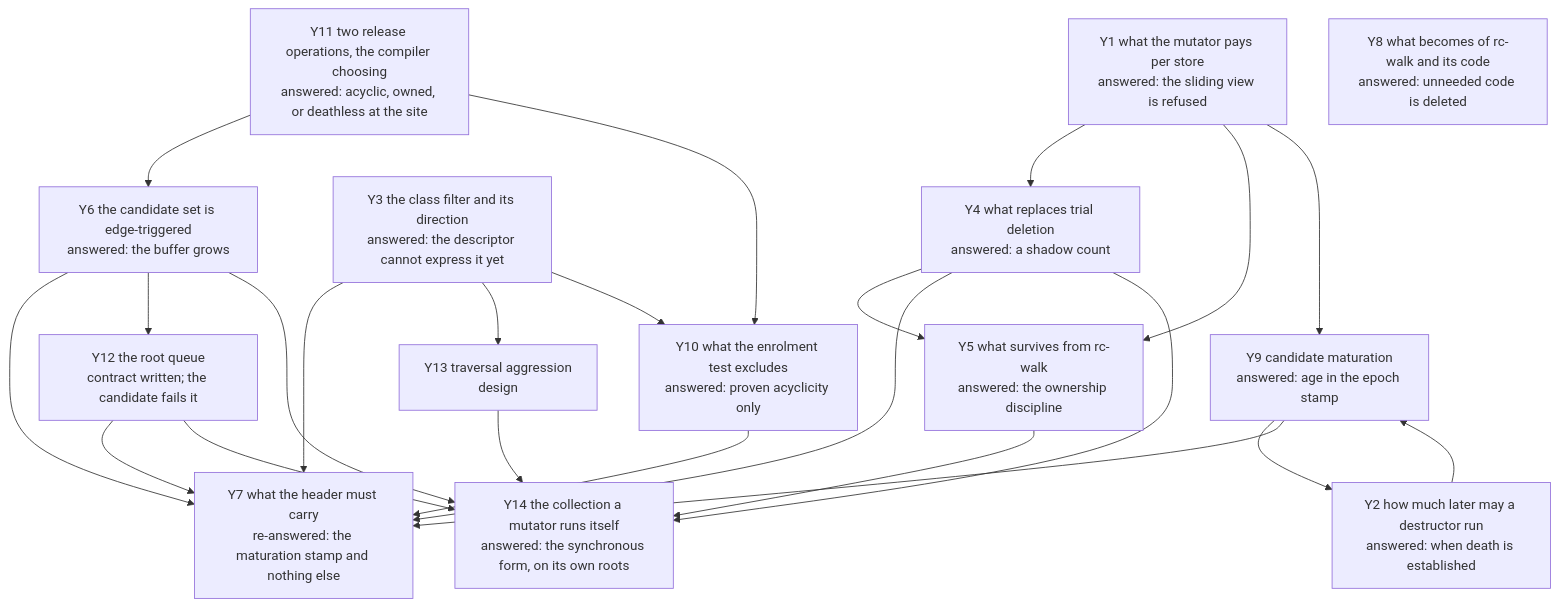
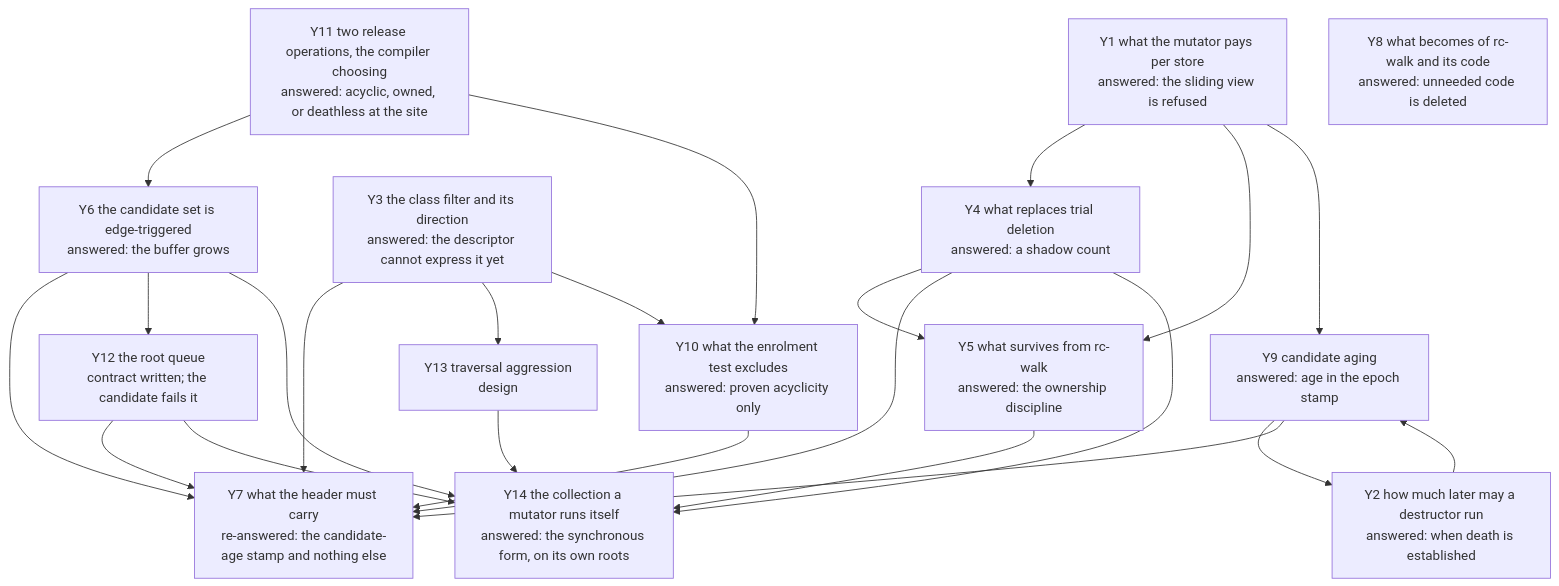
The diagram in model/gc/cycle/questions.md (limelight-lang/rfc), drawn with Mermaid before and after one commit. The commit also changed other lines of this file and 31 other files, not shown here.

````diff
--- a/model/gc/cycle/questions.md
+++ b/model/gc/cycle/questions.md
@@ -17,21 +17,21 @@
 ```mermaid
 flowchart TD
     Y1[Y1 what the mutator pays per store<br/>answered: the sliding view is refused] --> Y4 & Y5 & Y9
     Y2[Y2 how much later may a destructor run<br/>answered: when death is established] --> Y9
     Y3[Y3 the class filter and its direction<br/>answered: the descriptor cannot express it yet] --> Y7 & Y13
     Y4[Y4 what replaces trial deletion<br/>answered: a shadow count] --> Y5 & Y7
-    Y9[Y9 candidate maturation<br/>answered: age in the epoch stamp] --> Y2 & Y7
+    Y9[Y9 candidate aging<br/>answered: age in the epoch stamp] --> Y2 & Y7
     Y10[Y10 what the enrolment test excludes<br/>answered: proven acyclicity only] --> Y7
     Y11[Y11 two release operations, the compiler choosing<br/>answered: acyclic, owned, or deathless at the site] --> Y6 & Y10
     Y3 --> Y10
     Y5[Y5 what survives from rc-walk<br/>answered: the ownership discipline]
     Y6[Y6 the candidate set is edge-triggered<br/>answered: the buffer grows] --> Y7 & Y12
-    Y7[Y7 what the header must carry<br/>re-answered: the maturation stamp and nothing else]
+    Y7[Y7 what the header must carry<br/>re-answered: the candidate-age stamp and nothing else]
     Y8[Y8 what becomes of rc-walk and its code<br/>answered: unneeded code is deleted]
     Y12[Y12 the root queue<br/>contract written; the candidate fails it] --> Y7 & Y14
     Y13[Y13 traversal aggression<br/>design] --> Y14
     Y4 --> Y14
     Y5 --> Y14
     Y6 --> Y14
     Y14[Y14 the collection a mutator runs itself<br/>answered: the synchronous form, on its own roots]
 ```
````
